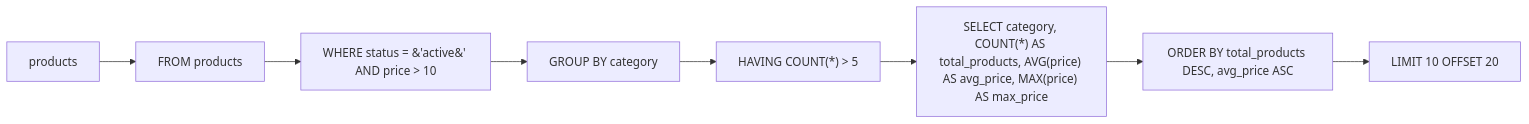
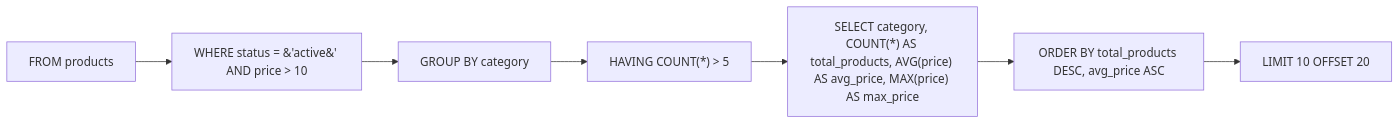
Before and after one commit to rot1024/sqloflow: the diagram in examples/complex_query.mmd, drawn with Mermaid. The commit also changed 68 other files, not shown here.

```diff
--- a/examples/complex_query.mmd
+++ b/examples/complex_query.mmd
@@ -1,16 +1,14 @@
 flowchart LR
-    node_0[products]
-    node_1[FROM products]
-    node_2["WHERE status = &#39;active&#39; AND price &gt; 10"]
-    node_3["GROUP BY category"]
-    node_4["HAVING COUNT(*) &gt; 5"]
-    node_5["SELECT category, COUNT(*) AS total_products, AVG(price) AS avg_price, MAX(price) AS max_price"]
-    node_6["ORDER BY total_products DESC, avg_price ASC"]
-    node_7["LIMIT 10 OFFSET 20"]
+    node_0[FROM products]
+    node_1["WHERE status = &#39;active&#39; AND price &gt; 10"]
+    node_2["GROUP BY category"]
+    node_3["HAVING COUNT(*) &gt; 5"]
+    node_4["SELECT category, COUNT(*) AS total_products, AVG(price) AS avg_price, MAX(price) AS max_price"]
+    node_5["ORDER BY total_products DESC, avg_price ASC"]
+    node_6["LIMIT 10 OFFSET 20"]
     node_0 --> node_1
     node_1 --> node_2
     node_2 --> node_3
     node_3 --> node_4
     node_4 --> node_5
     node_5 --> node_6
-    node_6 --> node_7
```
